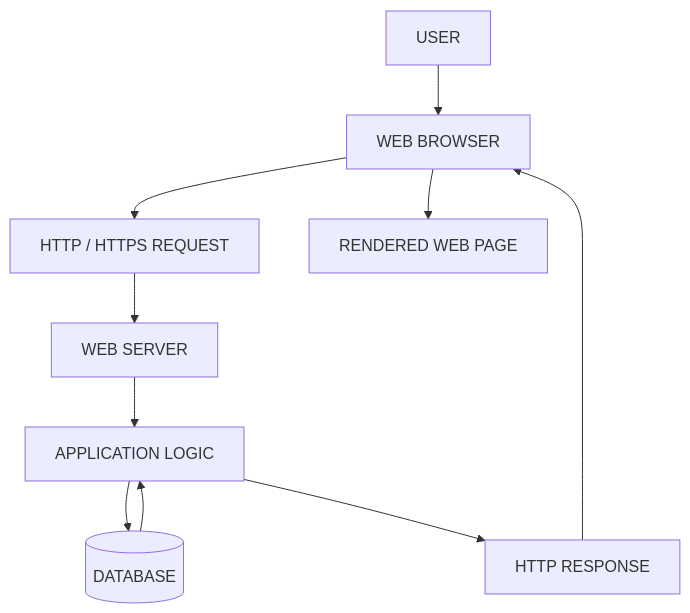
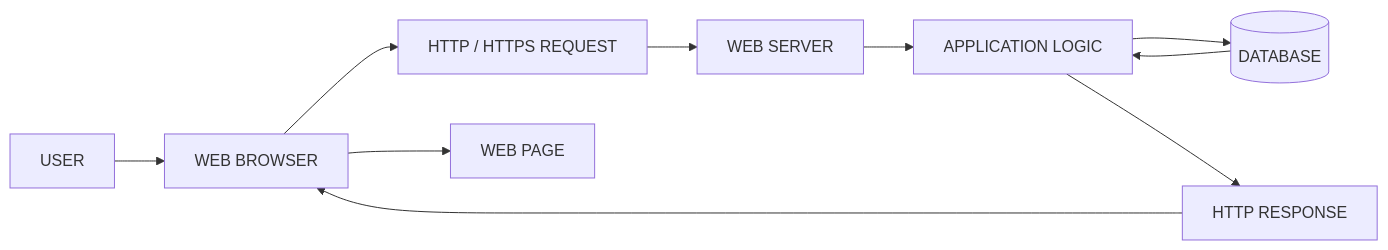
Before and after one commit to GhostMaskR/Web-Application-Basics: the second of 5 diagrams in README.md, drawn with Mermaid. The commit also changed other lines of this file, not shown here.

````diff
--- a/README.md
+++ b/README.md
@@ -175,12 +192,12 @@
 ```mermaid
-flowchart TD
-    A["USER"] --> B["WEB BROWSER"]
-    B --> C["HTTP / HTTPS REQUEST"]
-    C --> D["WEB SERVER"]
-    D --> E["APPLICATION LOGIC"]
-    E --> F[("DATABASE")]
-    F --> E
-    E --> G["HTTP RESPONSE"]
-    G --> B
-    B --> H["RENDERED WEB PAGE"]
+flowchart LR
+A["USER"] --> B["WEB BROWSER"]
+B --> C["HTTP / HTTPS REQUEST"]
+C --> D["WEB SERVER"]
+D --> E["APPLICATION LOGIC"]
+E --> F[("DATABASE")]
+F --> E
+E --> G["HTTP RESPONSE"]
+G --> B
+B --> H["WEB PAGE"]
 ```
````
